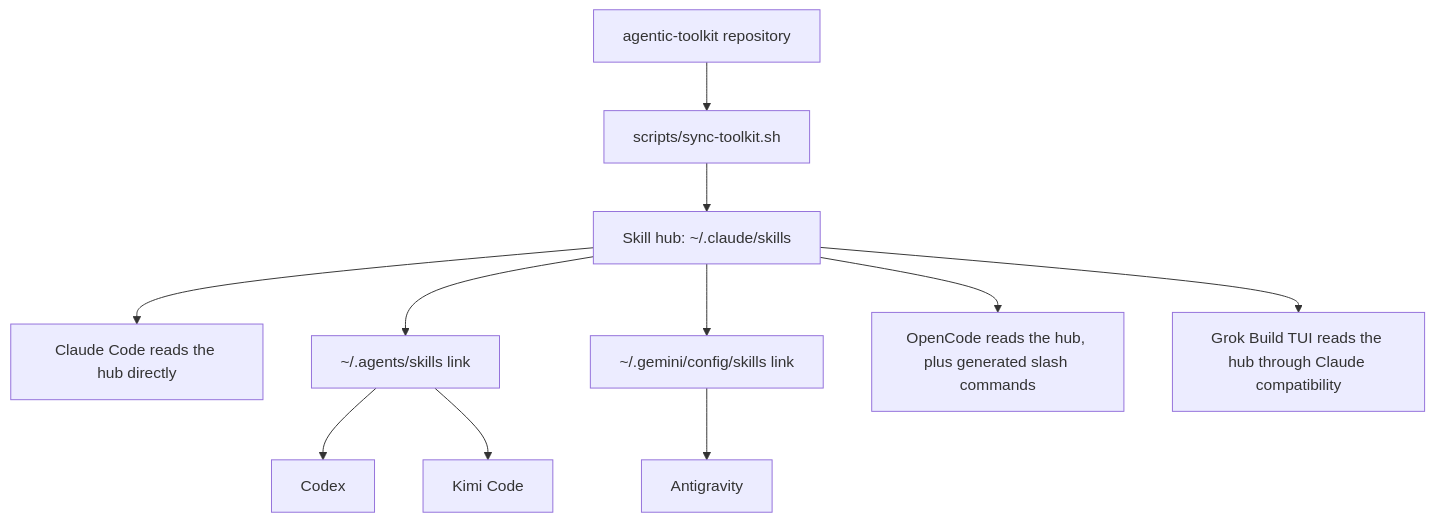
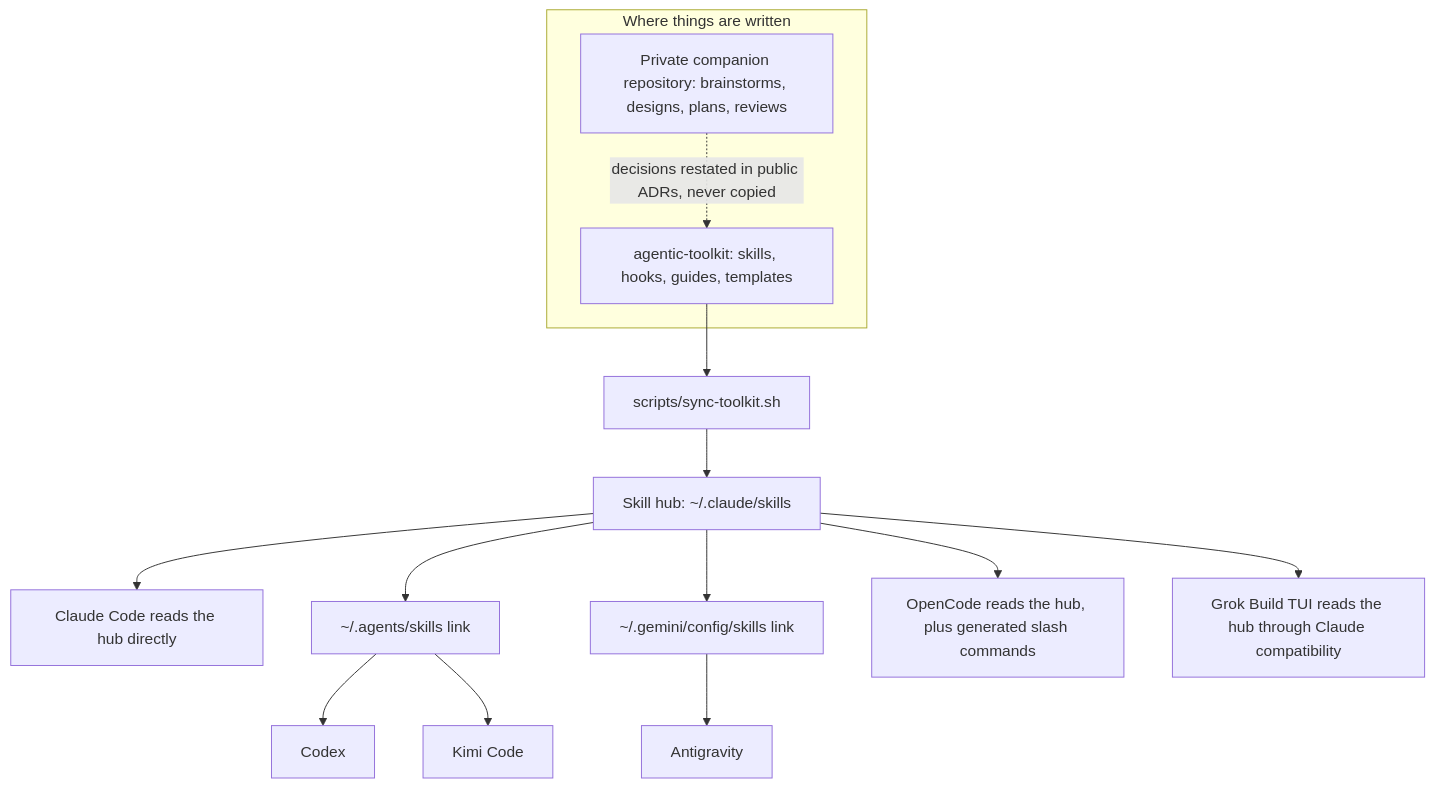
Before and after one commit to carlosboeing/agentic-toolkit: the first of 2 diagrams in README.md, drawn with Mermaid. The commit also changed other lines of this file and 1 other file, not shown here.

````diff
--- a/README.md
+++ b/README.md
@@ -21,13 +21,18 @@
 ```mermaid
 flowchart TB
-    Repo["agentic-toolkit repository"] --> Sync["scripts/sync-toolkit.sh"]
+    subgraph Source["Where things are written"]
+        Repo["agentic-toolkit: skills, hooks, guides, templates"]
+        Notes["Private companion repository: brainstorms, designs, plans, reviews"]
+        Notes -. "decisions restated in public ADRs, never copied" .-> Repo
+    end
+    Repo --> Sync["scripts/sync-toolkit.sh"]
     Sync --> Hub["Skill hub: ~/.claude/skills"]
     Hub --> Claude["Claude Code reads the hub directly"]
     Hub --> Agents["~/.agents/skills link"]
     Agents --> Codex["Codex"]
     Agents --> Kimi["Kimi Code"]
     Hub --> Gemini["~/.gemini/config/skills link"]
     Gemini --> Antigravity["Antigravity"]
     Hub --> OpenCode["OpenCode reads the hub, plus generated slash commands"]
     Hub --> Grok["Grok Build TUI reads the hub through Claude compatibility"]
 ```
````
